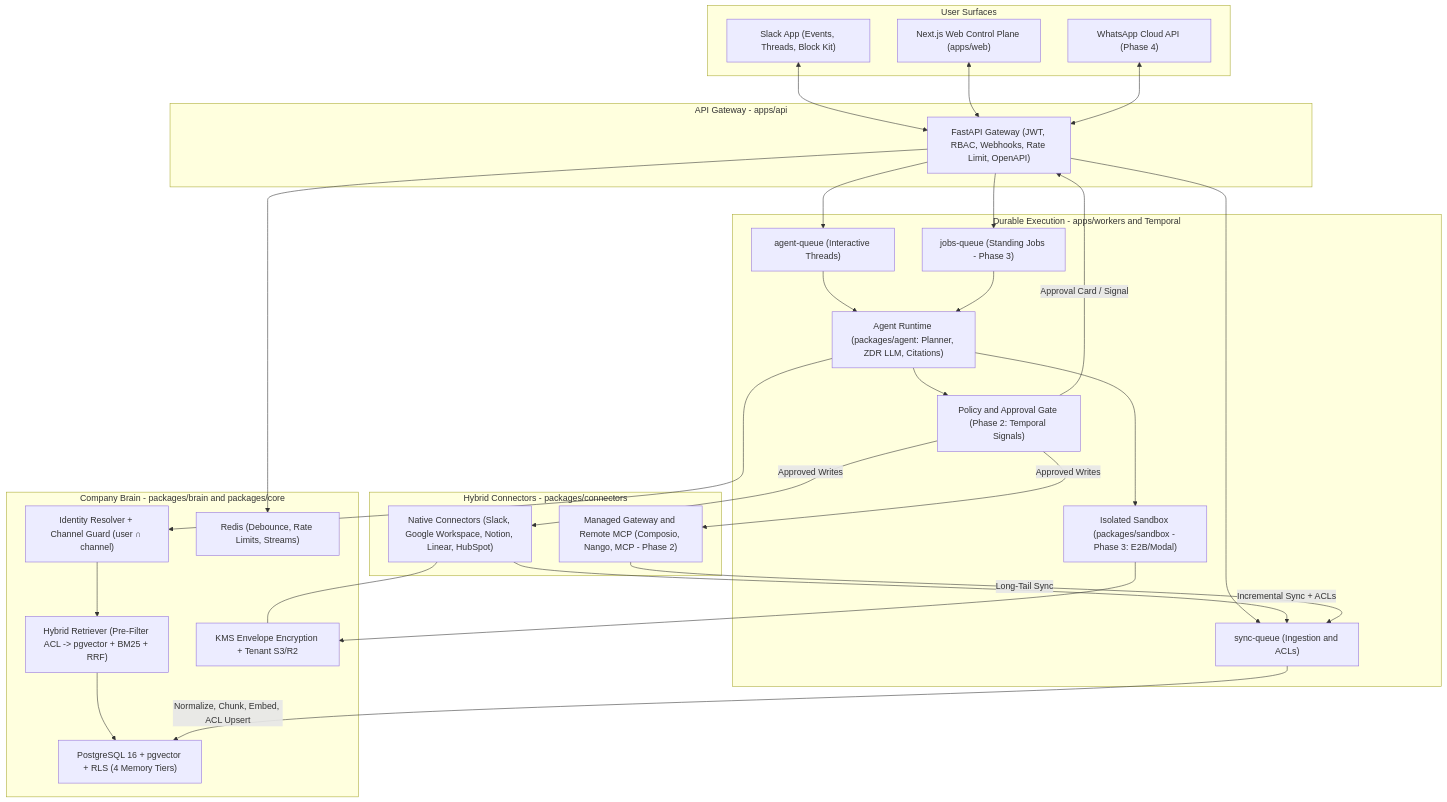
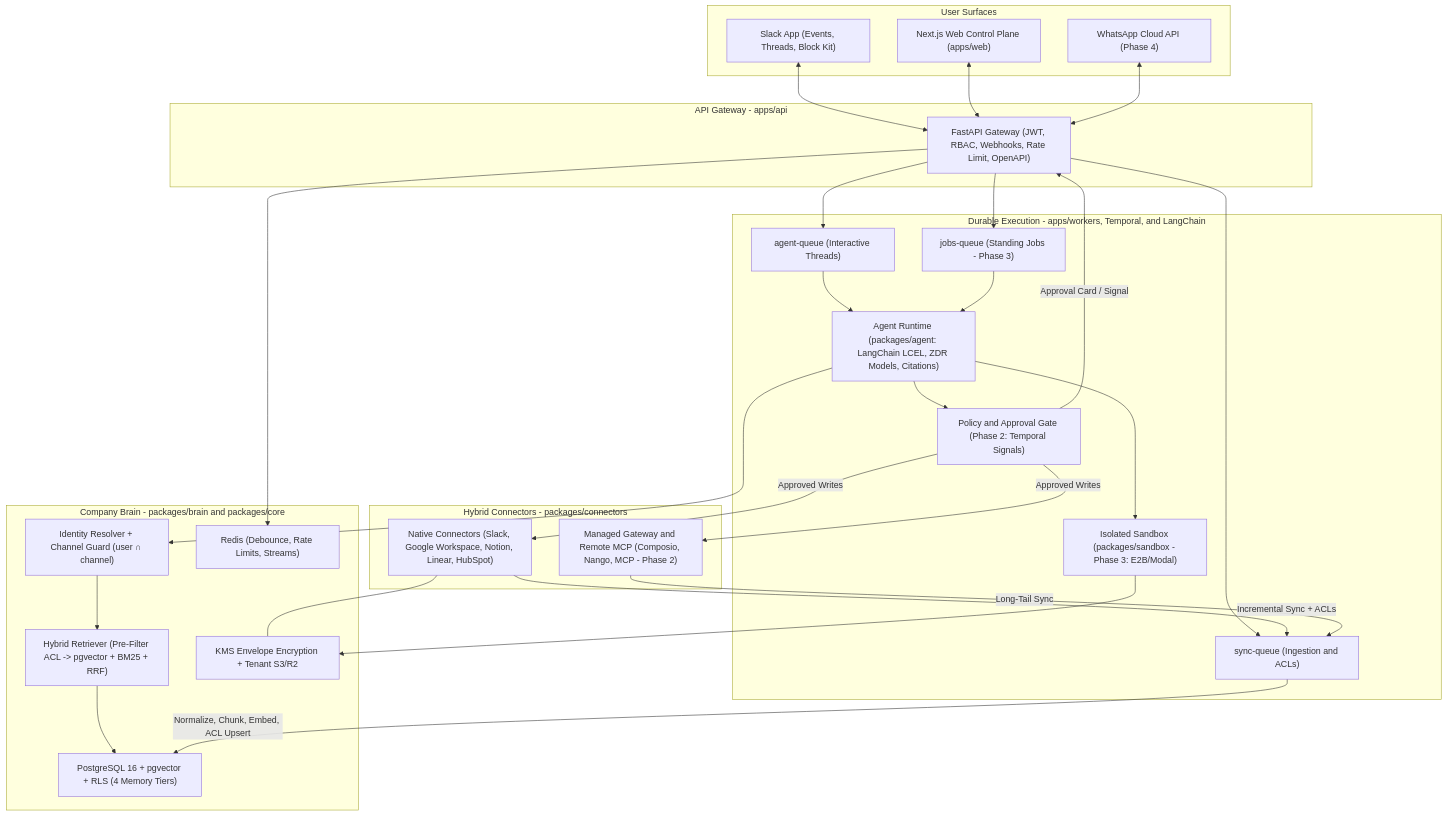
One commit to raghulchandramouli/ceo changed the first of 5 diagrams in .cursor/plans/architecture-diagrams.md. Above: the diagram before and after it, drawn with Mermaid. The commit also changed other lines of this file and 10 other files, not shown here.

First line of the commit message:
Record LangChain as the agent runtime and lock the import layers.

````diff
--- a/.cursor/plans/architecture-diagrams.md
+++ b/.cursor/plans/architecture-diagrams.md
@@ -16,62 +16,62 @@
 ```mermaid
 flowchart TB
   subgraph surfaces [User Surfaces]
     SlackApp["Slack App (Events, Threads, Block Kit)"]
     WebConsole["Next.js Web Control Plane (apps/web)"]
     WhatsApp["WhatsApp Cloud API (Phase 4)"]
   end
 
   subgraph apiLayer [API Gateway - apps/api]
     FastAPI["FastAPI Gateway (JWT, RBAC, Webhooks, Rate Limit, OpenAPI)"]
   end
 
-  subgraph runtime [Durable Execution - apps/workers and Temporal]
+  subgraph runtime [Durable Execution - apps/workers, Temporal, and LangChain]
     AgentQ["agent-queue (Interactive Threads)"]
     SyncQ["sync-queue (Ingestion and ACLs)"]
     JobsQ["jobs-queue (Standing Jobs - Phase 3)"]
-    AgentRuntime["Agent Runtime (packages/agent: Planner, ZDR LLM, Citations)"]
+    AgentRuntime["Agent Runtime (packages/agent: LangChain LCEL, ZDR Models, Citations)"]
     PolicyGate["Policy and Approval Gate (Phase 2: Temporal Signals)"]
     Sandbox["Isolated Sandbox (packages/sandbox - Phase 3: E2B/Modal)"]
   end
 
   subgraph brain [Company Brain - packages/brain and packages/core]
     ACLGuard["Identity Resolver + Channel Guard (user ∩ channel)"]
     Retriever["Hybrid Retriever (Pre-Filter ACL -> pgvector + BM25 + RRF)"]
     PgBrain["PostgreSQL 16 + pgvector + RLS (4 Memory Tiers)"]
     Redis["Redis (Debounce, Rate Limits, Streams)"]
     KmsS3["KMS Envelope Encryption + Tenant S3/R2"]
   end
 
   subgraph connectors [Hybrid Connectors - packages/connectors]
     NativeConn["Native Connectors (Slack, Google Workspace, Notion, Linear, HubSpot)"]
     ManagedConn["Managed Gateway and Remote MCP (Composio, Nango, MCP - Phase 2)"]
   end
 
   SlackApp <--> FastAPI
   WebConsole <--> FastAPI
   WhatsApp <--> FastAPI
 
   FastAPI --> Redis
   FastAPI --> AgentQ
   FastAPI --> SyncQ
   FastAPI --> JobsQ
 
   AgentQ --> AgentRuntime
   JobsQ --> AgentRuntime
   AgentRuntime --> ACLGuard
   ACLGuard --> Retriever
   Retriever --> PgBrain
 
   AgentRuntime --> PolicyGate
   AgentRuntime --> Sandbox
   Sandbox --> KmsS3
 
   PolicyGate -->|"Approval Card / Signal"| FastAPI
   PolicyGate -->|"Approved Writes"| NativeConn
   PolicyGate -->|"Approved Writes"| ManagedConn
 
   NativeConn -->|"Incremental Sync + ACLs"| SyncQ
   ManagedConn -->|"Long-Tail Sync"| SyncQ
   SyncQ -->|"Normalize, Chunk, Embed, ACL Upsert"| PgBrain
   NativeConn --- KmsS3
 ```
````
